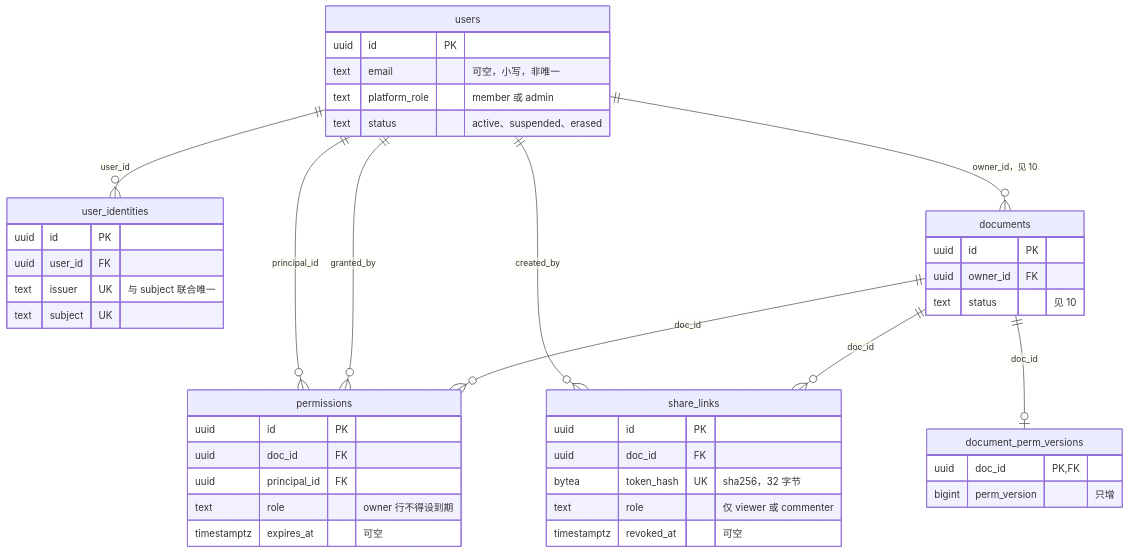
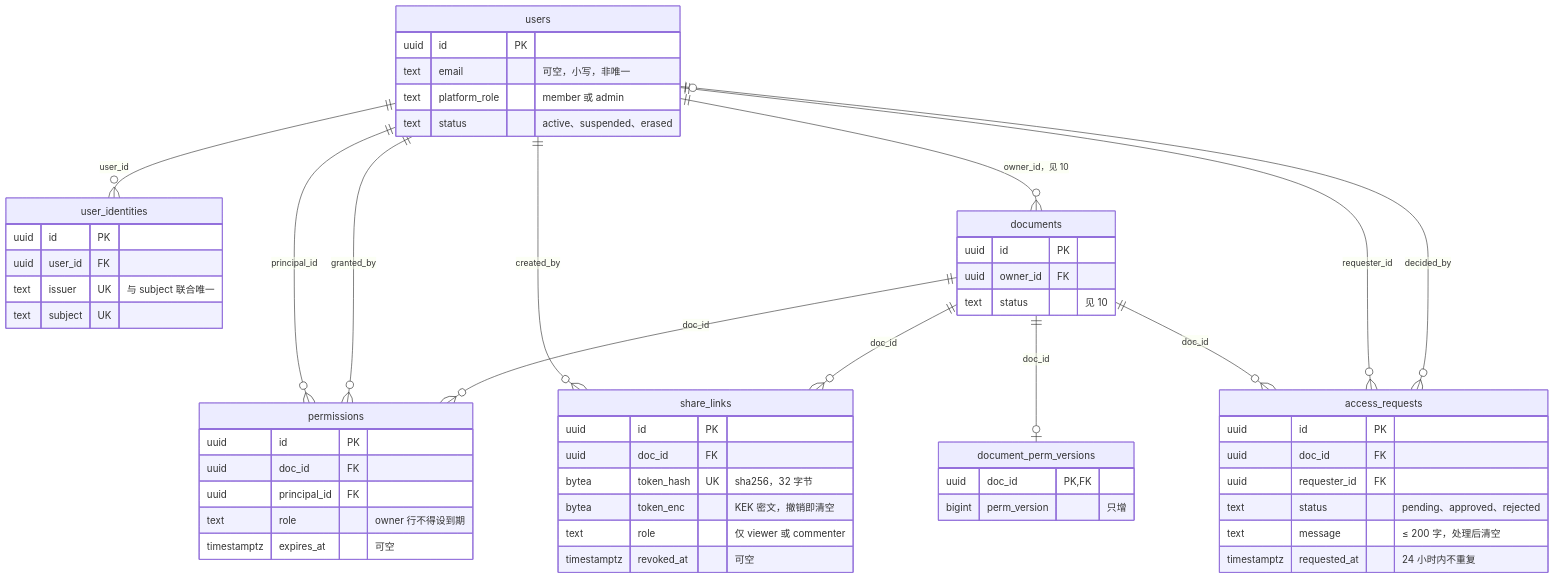
Before and after one commit to Xeonice/cordis-ppt-editor: the second of 4 diagrams in docs/60-backend/09-ddl-identity-and-access.md, drawn with Mermaid. The commit also changed other lines of this file and 19 other files, not shown here.

````diff
--- a/docs/60-backend/09-ddl-identity-and-access.md
+++ b/docs/60-backend/09-ddl-identity-and-access.md
@@ -769,17 +908,21 @@
 ```mermaid
 erDiagram
   users ||--o{ user_identities : "user_id"
   users ||--o{ permissions : "principal_id"
   users ||--o{ permissions : "granted_by"
   users ||--o{ share_links : "created_by"
   users ||--o{ documents : "owner_id，见 10"
   documents ||--o{ permissions : "doc_id"
   documents ||--o| document_perm_versions : "doc_id"
   documents ||--o{ share_links : "doc_id"
+  documents ||--o{ access_requests : "doc_id"
+  users ||--o{ access_requests : "requester_id"
+  users |o--o{ access_requests : "decided_by"
   users { uuid id PK text email "可空，小写，非唯一" text platform_role "member 或 admin" text status "active、suspended、erased" }
   user_identities { uuid id PK uuid user_id FK text issuer UK "与 subject 联合唯一" text subject UK }
   permissions { uuid id PK uuid doc_id FK uuid principal_id FK text role "owner 行不得设到期" timestamptz expires_at "可空" }
   document_perm_versions { uuid doc_id PK,FK bigint perm_version "只增" }
-  share_links { uuid id PK uuid doc_id FK bytea token_hash UK "sha256，32 字节" text role "仅 viewer 或 commenter" timestamptz revoked_at "可空" }
+  share_links { uuid id PK uuid doc_id FK bytea token_hash UK "sha256，32 字节" bytea token_enc "KEK 密文，撤销即清空" text role "仅 viewer 或 commenter" timestamptz revoked_at "可空" }
+  access_requests { uuid id PK uuid doc_id FK uuid requester_id FK text status "pending、approved、rejected" text message "≤ 200 字，处理后清空" timestamptz requested_at "24 小时内不重复" }
   documents { uuid id PK uuid owner_id FK text status "见 10" }
 ```
````
